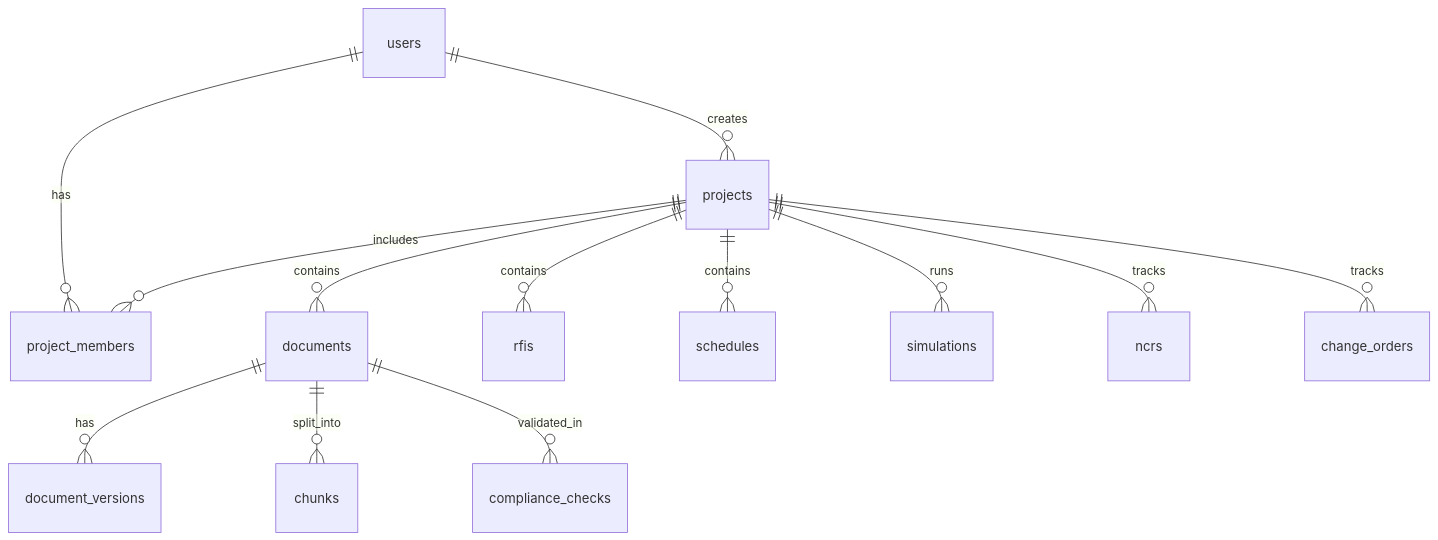
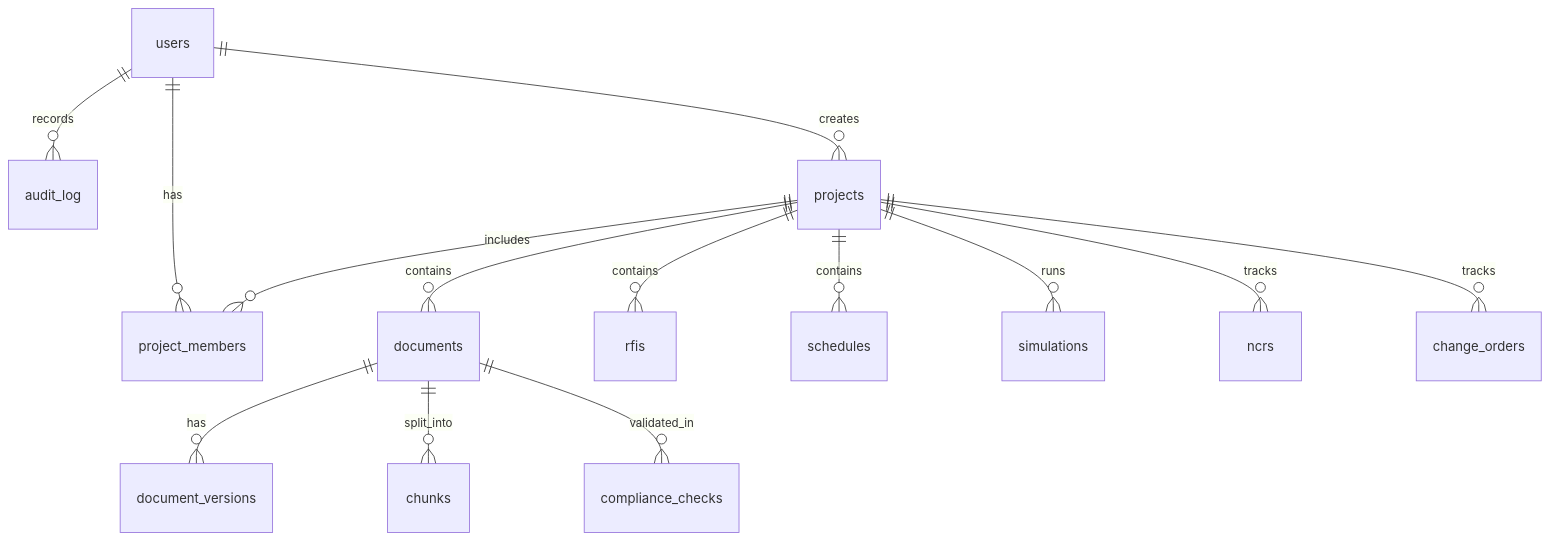
Before and after one commit to suryanshvermaa/DCBrain: the diagram in .ai/DATABASE.md, drawn with Mermaid. The commit also changed other lines of this file and 42 other files, not shown here.

````diff
--- a/.ai/DATABASE.md
+++ b/.ai/DATABASE.md
@@ -6,15 +6,16 @@
 ```mermaid
 erDiagram
     users ||--o{ project_members : "has"
+    users ||--o{ audit_log : "records"
     projects ||--o{ project_members : "includes"
     users ||--o{ projects : "creates"
     projects ||--o{ documents : "contains"
     projects ||--o{ rfis : "contains"
     projects ||--o{ schedules : "contains"
     documents ||--o{ document_versions : "has"
     documents ||--o{ chunks : "split_into"
     documents ||--o{ compliance_checks : "validated_in"
     projects ||--o{ simulations : "runs"
     projects ||--o{ ncrs : "tracks"
     projects ||--o{ change_orders : "tracks"
 ```
````
